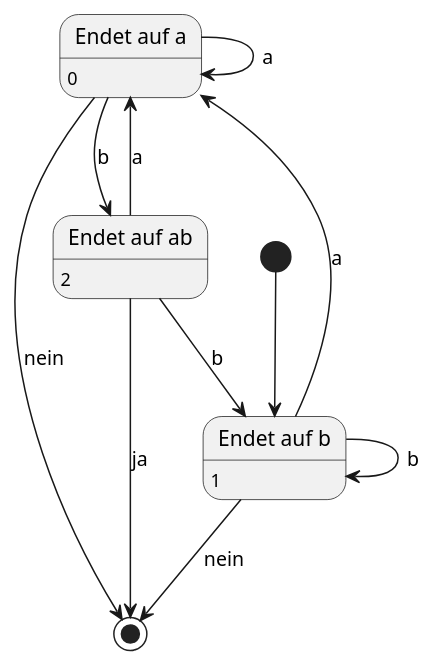
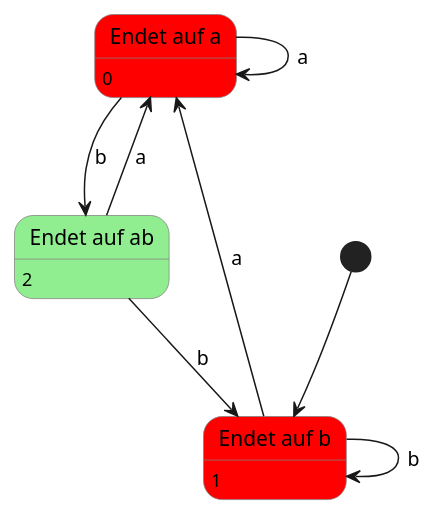
One commit to phbenisc/msiComplexTheorie changed the diagram in src/main/resources/uebung3/exercise01b.puml. Above: the diagram before and after it, drawn with PlantUML. The commit also changed 7 other files, not shown here.

Commit message:
feat(uebung1): made DFA diagrams nice

```diff
--- a/src/main/resources/uebung3/exercise01b.puml
+++ b/src/main/resources/uebung3/exercise01b.puml
@@ -1,23 +1,27 @@
 @startuml
-state "Endet auf a" as SA
-state "Endet auf b" as SB
-state "Endet auf ab" as SAB
+
+skinparam state {
+  BackgroundColor<<YES>> LightGreen
+  BackgroundColor<<NO>> Red
+  BorderColor Gray
+}
+
+state "Endet auf a" as SA <<NO>>
+state "Endet auf b" as SB <<NO>>
+state "Endet auf ab" as SAB <<YES>>
 
 SA: 0
 SB: 1
 SAB: 2
 
 [*] --> SB
 
 SA --> SA : a
 SA --> SAB : b
-SA --> [*] : nein
 
 SB --> SA : a
 SB --> SB : b
-SB --> [*] : nein
 
 SAB --> SA : a
 SAB --> SB : b
-SAB --> [*] : ja
 @enduml
```
